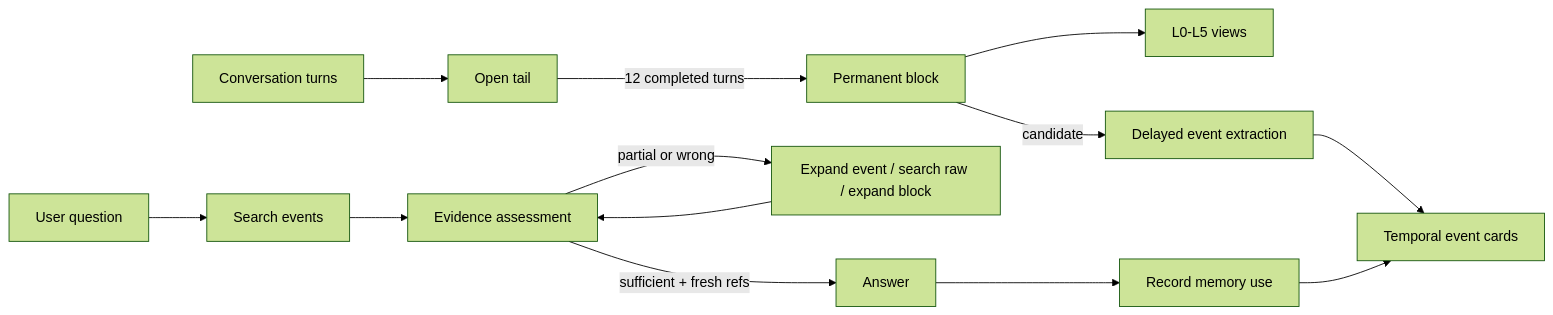
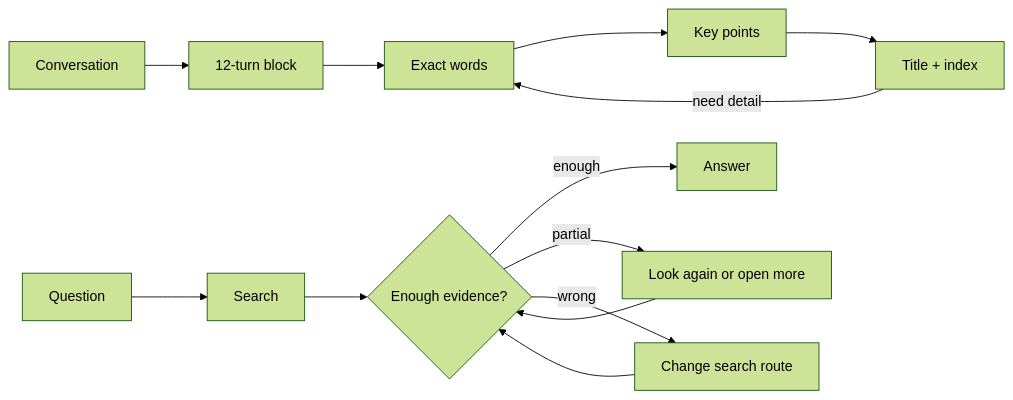
The diagram in README.md (Triple3h/StrataGate-AgentMemory), drawn with Mermaid (forest theme) before and after one commit. The commit also changed other lines of this file and 9 other files, not shown here.

````diff
--- a/README.md
+++ b/README.md
@@ -136,15 +162,16 @@
 ```mermaid
 flowchart LR
-    A["Conversation turns"] --> B["Open tail"]
-    B -->|"12 completed turns"| C["Permanent block"]
-    C --> D["L0-L5 views"]
-    C -->|"candidate"| E["Delayed event extraction"]
-    E --> F["Temporal event cards"]
-    Q["User question"] --> G["Search events"]
-    G --> H["Evidence assessment"]
-    H -->|"partial or wrong"| I["Expand event / search raw / expand block"]
-    I --> H
-    H -->|"sufficient + fresh refs"| J["Answer"]
-    J --> K["Record memory use"]
-    K --> F
+    A["Conversation"] --> B["12-turn block"]
+    B --> C["Exact words"]
+    C --> D["Key points"]
+    D --> E["Title + index"]
+    E -->|"need detail"| C
+
+    Q["Question"] --> S["Search"]
+    S --> G{"Enough evidence?"}
+    G -->|"enough"| R["Answer"]
+    G -->|"partial"| M["Look again or open more"]
+    G -->|"wrong"| N["Change search route"]
+    M --> G
+    N --> G
 ```
````
